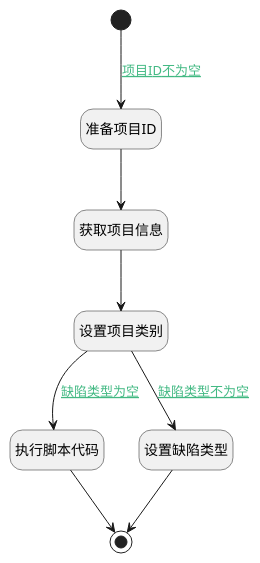
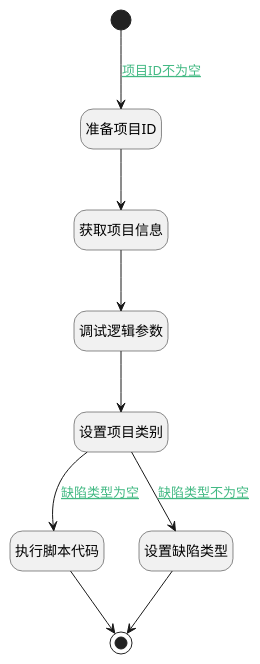
Before and after one commit to iBizLab/plm: the diagram in doc/docsify/module/ProjMgmt/work_item/logic/set_type_bug.md, drawn with PlantUML. The commit also changed other lines of this file and 726 other files, not shown here.

````diff
--- a/doc/docsify/module/ProjMgmt/work_item/logic/set_type_bug.md
+++ b/doc/docsify/module/ProjMgmt/work_item/logic/set_type_bug.md
@@ -7,30 +7,32 @@
 ```plantuml
 @startuml
 hide empty description
 <style>
 root {
   HyperlinkColor #42b983
 }
 </style>
 
 hide empty description
 state "开始" as Begin <<start>> [[$./set_type_bug#begin {"开始"}]]
 state "准备项目ID" as PREPAREPARAM1  [[$./set_type_bug#prepareparam1 {"准备项目ID"}]]
 state "获取项目信息" as DEACTION1  [[$./set_type_bug#deaction1 {"获取项目信息"}]]
+state "调试逻辑参数" as DEBUGPARAM1  [[$./set_type_bug#debugparam1 {"调试逻辑参数"}]]
 state "设置项目类别" as PREPAREPARAM2  [[$./set_type_bug#prepareparam2 {"设置项目类别"}]]
 state "执行脚本代码" as RAWSFCODE2  [[$./set_type_bug#rawsfcode2 {"执行脚本代码"}]]
 state "设置缺陷类型" as RAWSFCODE1  [[$./set_type_bug#rawsfcode1 {"设置缺陷类型"}]]
 state "结束" as END1 <<end>> [[$./set_type_bug#end1 {"结束"}]]
 
 
 Begin --> PREPAREPARAM1 : [[$./set_type_bug#begin-prepareparam1{项目ID不为空} 项目ID不为空]]
 PREPAREPARAM1 --> DEACTION1
-DEACTION1 --> PREPAREPARAM2
+DEACTION1 --> DEBUGPARAM1
+DEBUGPARAM1 --> PREPAREPARAM2
 PREPAREPARAM2 --> RAWSFCODE1 : [[$./set_type_bug#prepareparam2-rawsfcode1{缺陷类型不为空} 缺陷类型不为空]]
 RAWSFCODE1 --> END1
 PREPAREPARAM2 --> RAWSFCODE2 : [[$./set_type_bug#prepareparam2-rawsfcode2{缺陷类型为空} 缺陷类型为空]]
 RAWSFCODE2 --> END1
 
 
 @enduml
 ```
````
